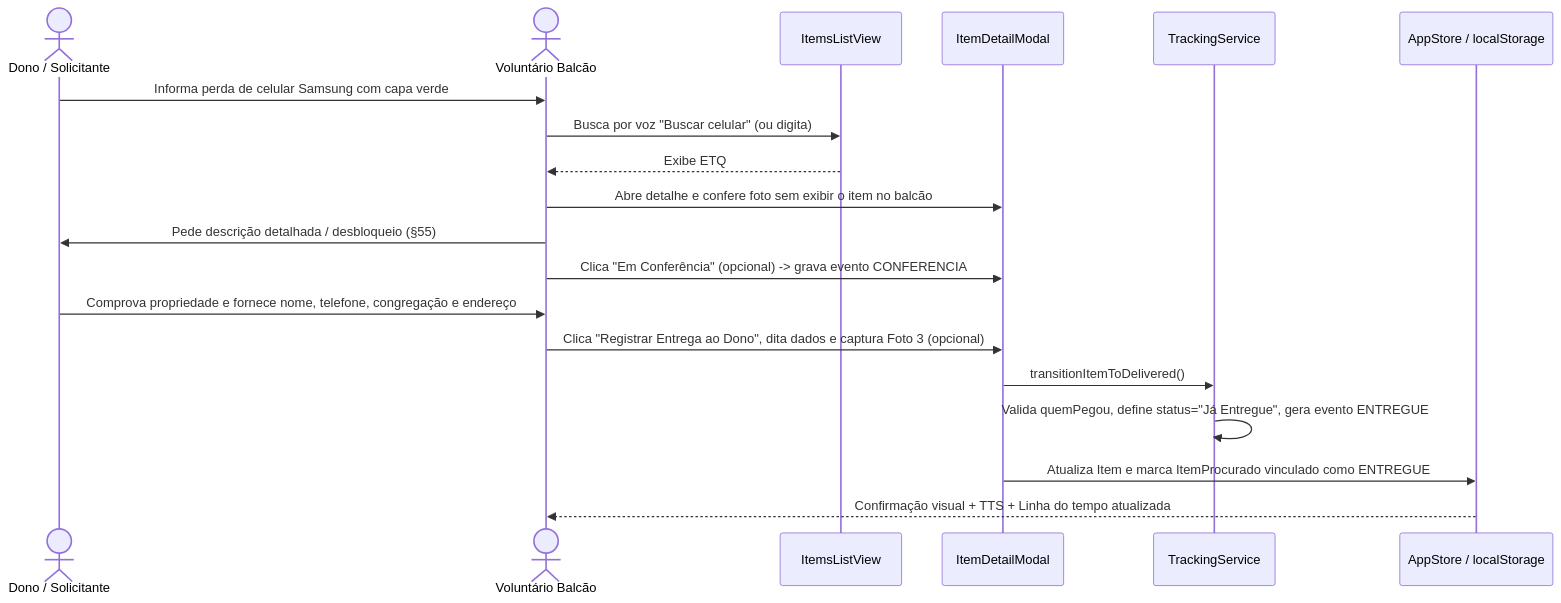
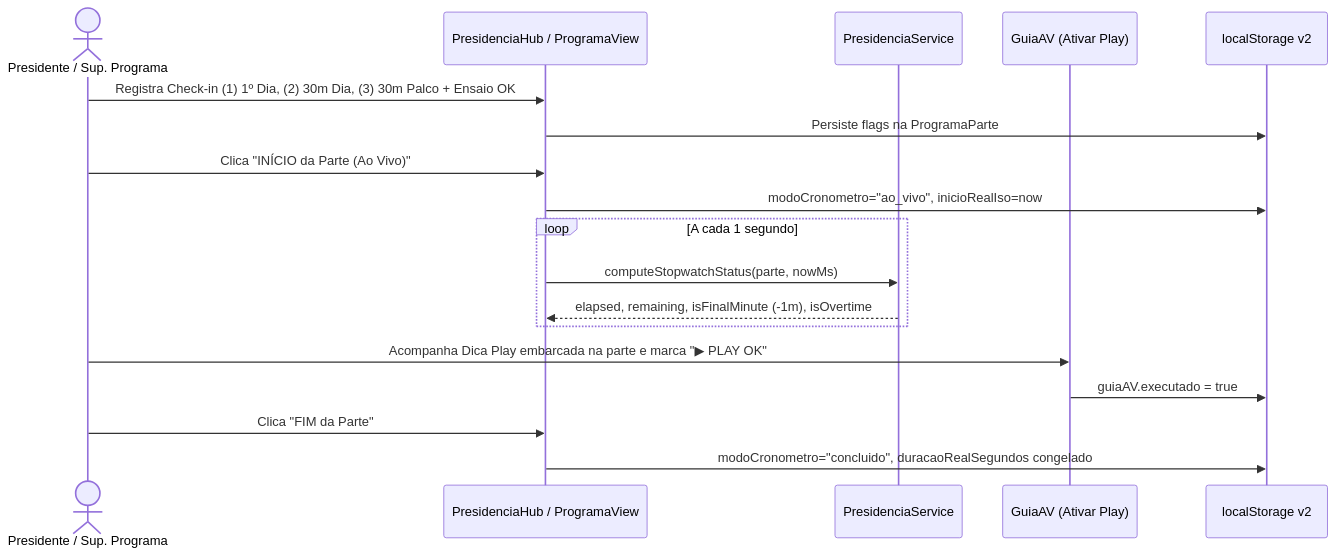
One commit to EliezerRosa/assembleia-perdidos-achados-pwa changed the fifth of 8 diagrams in docs/UML.md. Above: the diagram before and after it, drawn with Mermaid. The commit also changed other lines of this file and 33 other files, not shown here.

Commit message:
feat: clone Presidencia do Congresso & Resumo de A Sentinela embedded apps + MER/UML v2

````diff
--- a/docs/UML.md
+++ b/docs/UML.md
@@ -292,22 +194,21 @@
 ```mermaid
 sequenceDiagram
-    actor Dono as Dono / Solicitante
-    actor Vol as Voluntário Balcão
-    participant List as ItemsListView
-    participant Detail as ItemDetailModal
-    participant Track as TrackingService
-    participant Store as AppStore / localStorage
+    actor Pres as Presidente / Sup. Programa
+    participant Hub as PresidenciaHub / ProgramaView
+    participant Svc as PresidenciaService
+    participant AV as GuiaAV (Ativar Play)
+    participant Store as localStorage v2
 
-    Dono->>Vol: Informa perda de celular Samsung com capa verde
-    Vol->>List: Busca por voz "Buscar celular" (ou digita)
-    List-->>Vol: Exibe ETQ #02 (Badge "Não Expor #55")
-    Vol->>Detail: Abre detalhe e confere foto sem exibir o item no balcão
-    Vol->>Dono: Pede descrição detalhada / desbloqueio (§55)
-    Vol->>Detail: Clica "Em Conferência" (opcional) -> grava evento CONFERENCIA
-    Dono->>Vol: Comprova propriedade e fornece nome, telefone, congregação e endereço
-    Vol->>Detail: Clica "Registrar Entrega ao Dono", dita dados e captura Foto 3 (opcional)
-    Detail->>Track: transitionItemToDelivered()
-    Track->>Track: Valida quemPegou, define status="Já Entregue", gera evento ENTREGUE
-    Detail->>Store: Atualiza Item e marca ItemProcurado vinculado como ENTREGUE
-    Store-->>Vol: Confirmação visual + TTS + Linha do tempo atualizada
+    Pres->>Hub: Registra Check-in (1) 1º Dia, (2) 30m Dia, (3) 30m Palco + Ensaio OK
+    Hub->>Store: Persiste flags na ProgramaParte
+    Pres->>Hub: Clica "INÍCIO da Parte (Ao Vivo)"
+    Hub->>Store: modoCronometro="ao_vivo", inicioRealIso=now
+    loop A cada 1 segundo
+        Hub->>Svc: computeStopwatchStatus(parte, nowMs)
+        Svc-->>Hub: elapsed, remaining, isFinalMinute (-1m), isOvertime
+    end
+    Pres->>AV: Acompanha Dica Play embarcada na parte e marca "▶ PLAY OK"
+    AV->>Store: guiaAV.executado = true
+    Pres->>Hub: Clica "FIM da Parte"
+    Hub->>Store: modoCronometro="concluido", duracaoRealSegundos congelado
 ```
````
